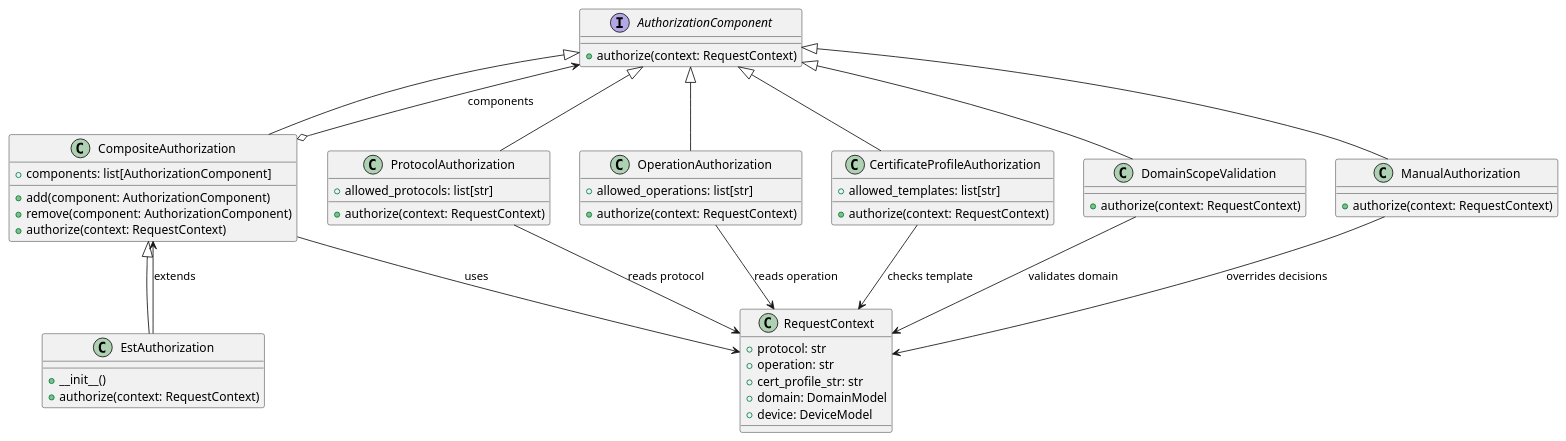
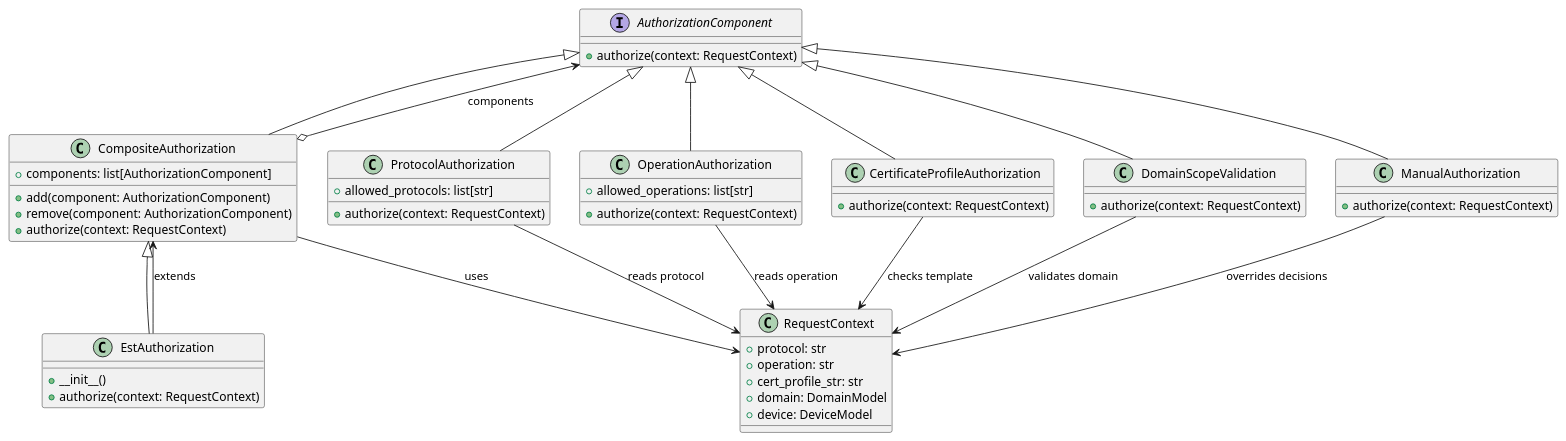
Before and after one commit to Trustpoint-Project/trustpoint: the fifth of 5 diagrams in docs/source/development/workflow.rst, drawn with PlantUML. The commit also changed 10 other files, not shown here.

```diff
--- a/docs/source/development/workflow.rst
+++ b/docs/source/development/workflow.rst
@@ -322,75 +322,74 @@
 .. plantuml::
 
     @startuml
     ' General interface for all authorization logic.
     interface AuthorizationComponent {
         + authorize(context: RequestContext)
     }
 
     ' Composite that combines multiple authorization mechanisms.
     class CompositeAuthorization {
         + components: list[AuthorizationComponent]
         + add(component: AuthorizationComponent)
         + remove(component: AuthorizationComponent)
         + authorize(context: RequestContext)
     }
 
     ' Specific composite for EST authorization rules.
     class EstAuthorization {
         + __init__()
         + authorize(context: RequestContext)
     }
 
     ' Concrete authorization rules for different aspects of a request.
     class ProtocolAuthorization {
         + allowed_protocols: list[str]
         + authorize(context: RequestContext)
     }
 
     class OperationAuthorization {
         + allowed_operations: list[str]
         + authorize(context: RequestContext)
     }
 
     class CertificateProfileAuthorization {
-        + allowed_templates: list[str]
         + authorize(context: RequestContext)
     }
 
     class DomainScopeValidation {
         + authorize(context: RequestContext)
     }
 
     class ManualAuthorization {
         + authorize(context: RequestContext)
     }
 
     ' Dependency: Context object used in all authorization methods.
     class RequestContext {
         + protocol: str
         + operation: str
         + cert_profile_str: str
         + domain: DomainModel
         + device: DeviceModel
     }
 
     ' Relationships between components.
     AuthorizationComponent <|-- ProtocolAuthorization
     AuthorizationComponent <|-- OperationAuthorization
     AuthorizationComponent <|-- CertificateProfileAuthorization
     AuthorizationComponent <|-- DomainScopeValidation
     AuthorizationComponent <|-- ManualAuthorization
     AuthorizationComponent <|-- CompositeAuthorization
     CompositeAuthorization <|-- EstAuthorization
 
     ' Aggregations and dependencies.
     CompositeAuthorization o--> AuthorizationComponent : components
     CompositeAuthorization --> RequestContext : uses
     EstAuthorization --> CompositeAuthorization : extends
     ProtocolAuthorization --> RequestContext : reads protocol
     OperationAuthorization --> RequestContext : reads operation
     CertificateProfileAuthorization --> RequestContext : checks template
     DomainScopeValidation --> RequestContext : validates domain
     ManualAuthorization --> RequestContext : overrides decisions
 
     @enduml
```
